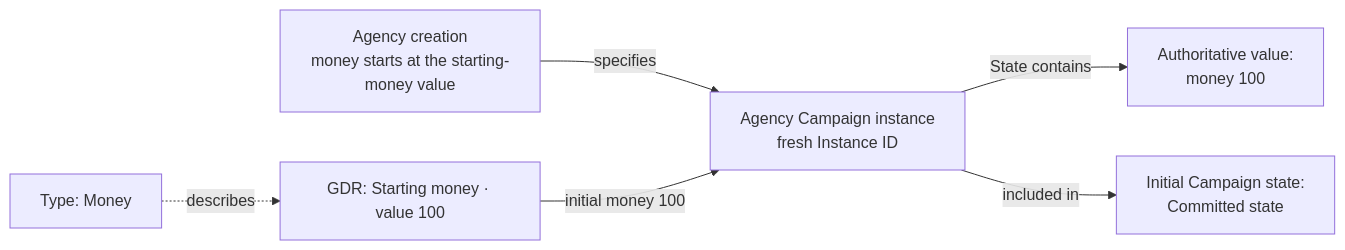
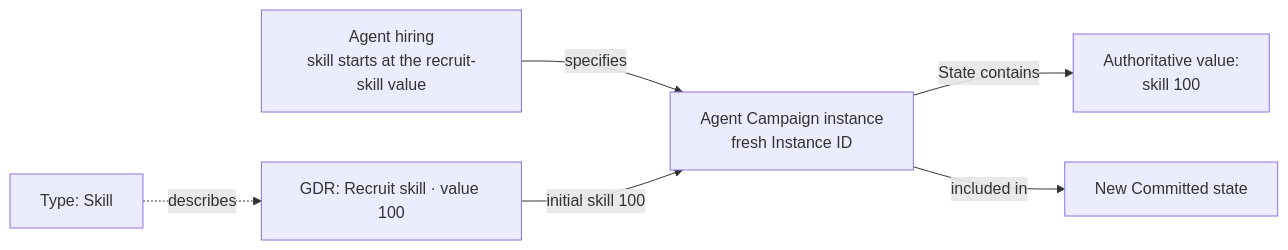
One commit to konrad-jamrozik/game-v5 changed the first of 7 diagrams in docs/specs/foundation/game-data-records.md. Above: the diagram before and after it, drawn with Mermaid. The commit also changed other lines of this file and 8 other files, not shown here.

````diff
--- a/docs/specs/foundation/game-data-records.md
+++ b/docs/specs/foundation/game-data-records.md
@@ -65,8 +65,8 @@
 ```mermaid
 flowchart LR
-    Type["Type: Money"] -.->|describes| GDR["GDR: Starting money · value 100"]
-    Creation["Agency creation<br/>money starts at the starting-money value"] -->|specifies| Agency["Agency Campaign instance<br/>fresh Instance ID"]
-    GDR -->|initial money 100| Agency
-    Agency -->|State contains| Money["Authoritative value:<br/>money 100"]
-    Agency -->|included in| State["Initial Campaign state:<br/>Committed state"]
+    Type["Type: Skill"] -.->|describes| GDR["GDR: Recruit skill · value 100"]
+    Creation["Agent hiring<br/>skill starts at the recruit-skill value"] -->|specifies| Agent["Agent Campaign instance<br/>fresh Instance ID"]
+    GDR -->|initial skill 100| Agent
+    Agent -->|State contains| Skill["Authoritative value:<br/>skill 100"]
+    Agent -->|included in| State["New Committed state"]
 ```
````
